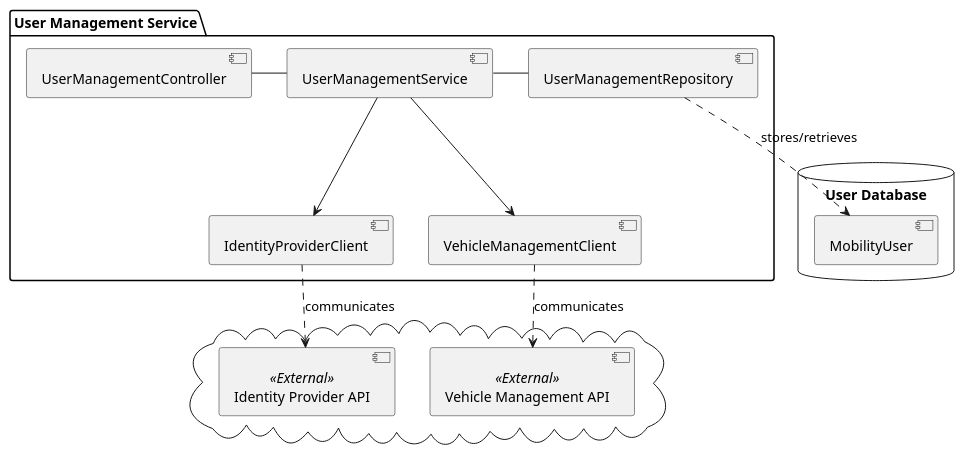
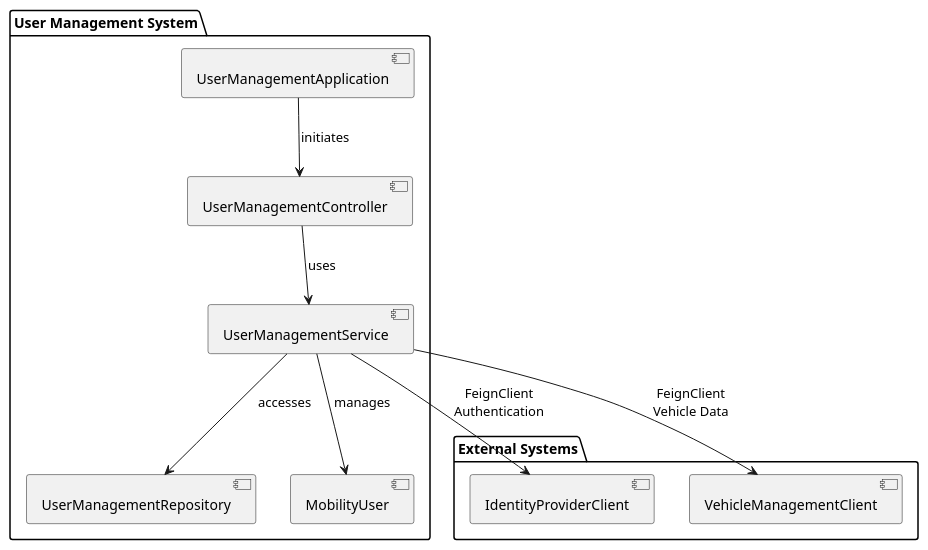
Before and after one commit to Dinesh-s95/AutoDoc.ai: the diagram in usermanagement/documentation/architecturedesign.adoc, drawn with PlantUML. The commit also changed other lines of this file and 4 other files, not shown here.

```diff
--- a/usermanagement/documentation/architecturedesign.adoc
+++ b/usermanagement/documentation/architecturedesign.adoc
@@ -9,28 +7,28 @@
-[plantuml, diagram-architecture, png]
+[plantuml, "system_architecture_diagram", png]
 ----
 @startuml
 skinparam componentStyle uml2
 
-package "User Management Service" {
-  [UserManagementController] - [UserManagementService]
-  [UserManagementService] - [UserManagementRepository]
-  [UserManagementService] --> [IdentityProviderClient]
-  [UserManagementService] --> [VehicleManagementClient]
-} 
+package "User Management System" {
+  [UserManagementApplication] as UMA
+  [UserManagementController] as UMC
+  [UserManagementService] as UMS
+  [UserManagementRepository] as UMR
+  [MobilityUser] as MU
 
-database "User Database" {
-  [MobilityUser]
+  UMA --> UMC : initiates
+  UMC --> UMS : uses
+  UMS --> UMR : accesses
+  UMS --> MU : manages
 }
 
-[UserManagementRepository] ..> [MobilityUser] : stores/retrieves
-
-cloud {
-  [Identity Provider API] <<External>>
-  [Vehicle Management API] <<External>>
+package "External Systems" {
+  [IdentityProviderClient] as IPC
+  [VehicleManagementClient] as VMC
 }
 
-[IdentityProviderClient] ..> [Identity Provider API] : communicates
-[VehicleManagementClient] ..> [Vehicle Management API] : communicates
+UMS --> IPC : "FeignClient\nAuthentication"
+UMS --> VMC : "FeignClient\nVehicle Data"
 
 @enduml
 ----
```
